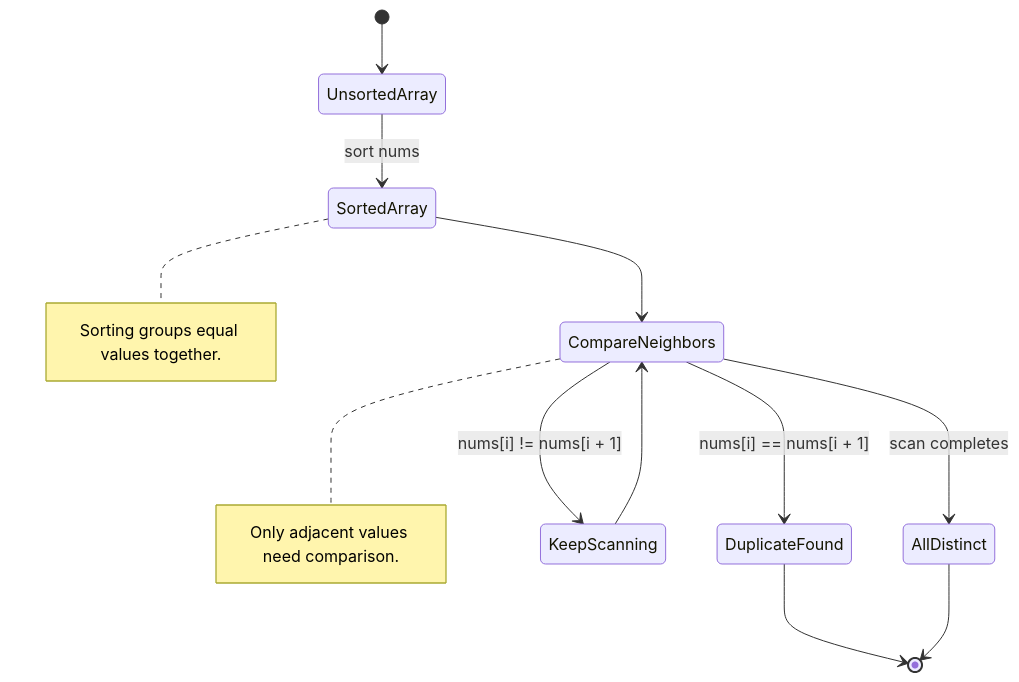
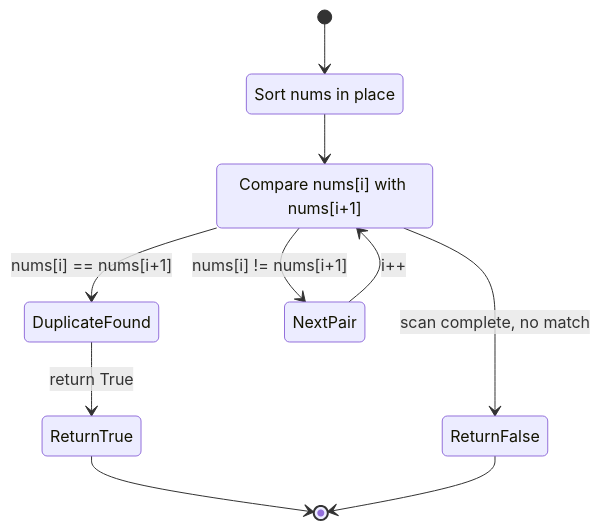
Before and after one commit to M-F-Tushar/LeetCode-Problem-Solving: the eighth of 13 diagrams in 02 - Contains Duplicate/README.md, drawn with Mermaid. The commit also changed other lines of this file, not shown here.

````diff
--- a/02 - Contains Duplicate/README.md
+++ b/02 - Contains Duplicate/README.md
@@ -310,23 +218,19 @@
 ```mermaid
 stateDiagram-v2
-    [*] --> UnsortedArray
-    UnsortedArray --> SortedArray: sort nums
-    SortedArray --> CompareNeighbors
+    [*] --> SortArray
+    SortArray: Sort nums in place
 
-    CompareNeighbors --> DuplicateFound: nums[i] == nums[i + 1]
-    CompareNeighbors --> KeepScanning: nums[i] != nums[i + 1]
+    SortArray --> ScanNeighbors
+    ScanNeighbors: Compare nums[i] with nums[i+1]
 
-    KeepScanning --> CompareNeighbors
-    DuplicateFound --> [*]
+    ScanNeighbors --> DuplicateFound: nums[i] == nums[i+1]
+    ScanNeighbors --> NextPair: nums[i] != nums[i+1]
 
-    CompareNeighbors --> AllDistinct: scan completes
-    AllDistinct --> [*]
+    NextPair --> ScanNeighbors: i++
+    DuplicateFound --> ReturnTrue: return True
 
-    note right of SortedArray
-        Sorting groups equal values together.
-    end note
+    ScanNeighbors --> ReturnFalse: scan complete, no match
 
-    note right of CompareNeighbors
-        Only adjacent values need comparison.
-    end note
+    ReturnTrue --> [*]
+    ReturnFalse --> [*]
 ```
````
